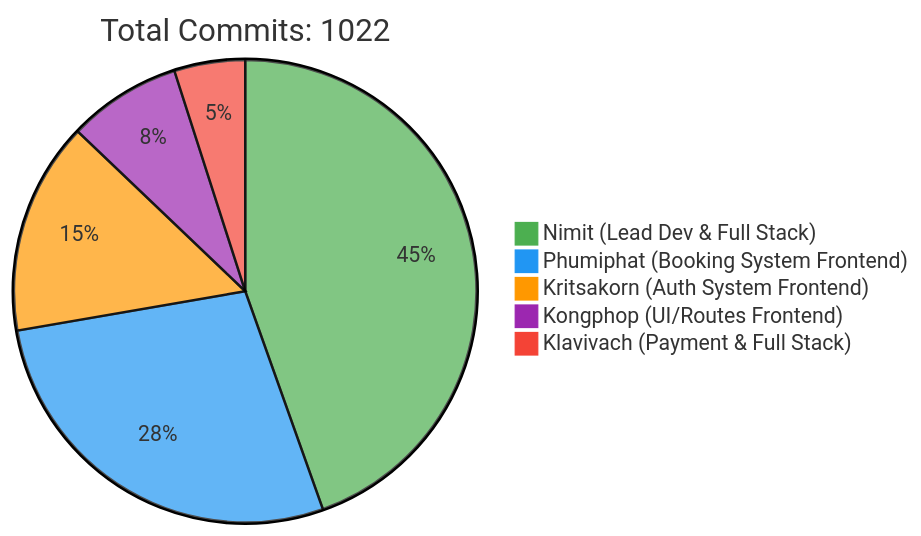
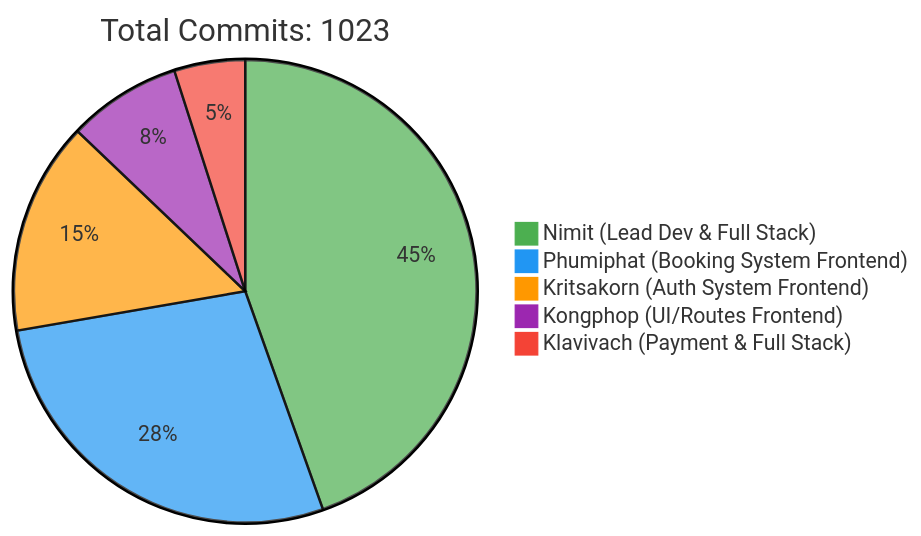
Before and after one commit to 6531503042/Sport-Complex: the first of 2 diagrams in README.md, drawn with Mermaid. The commit also changed other lines of this file, not shown here.

Commit message:
docs: Update contributor statistics [skip ci]

````diff
--- a/README.md
+++ b/README.md
@@ -240,10 +240,10 @@
 ```mermaid
 %%{init: {'theme': 'base', 'themeVariables': { 'pie1': '#4CAF50', 'pie2': '#2196F3', 'pie3': '#FF9800', 'pie4': '#9C27B0', 'pie5': '#F44336'}}}%%
 pie
-    title Total Commits: 1022
+    title Total Commits: 1023
     "Nimit (Lead Dev & Full Stack)" : 450
     "Phumiphat (Booking System Frontend)" : 280
     "Kritsakorn (Auth System Frontend)" : 150
     "Kongphop (UI/Routes Frontend)" : 80
     "Klavivach (Payment & Full Stack)" : 50
 ```
````
